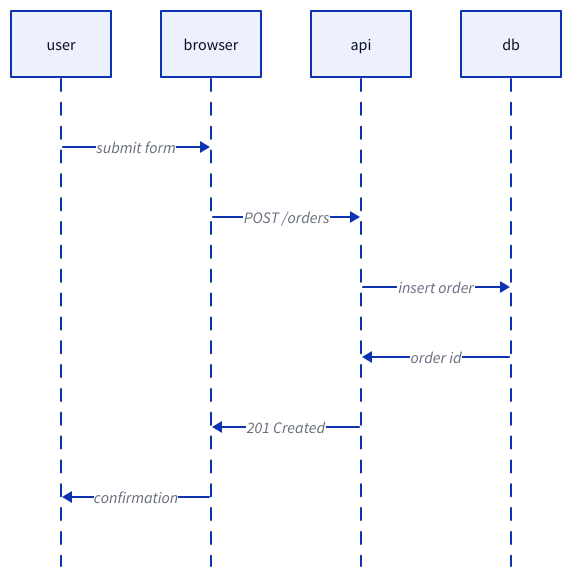
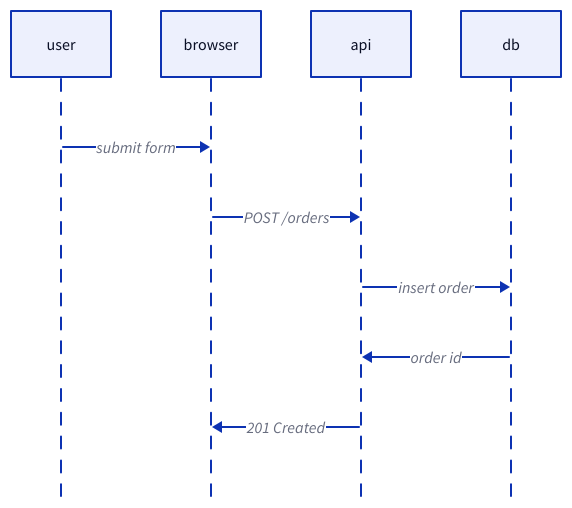
One commit to jrajasekera/d2-diagrams changed the fourth of 5 diagrams in SKILL.md. Above: the diagram before and after it, drawn with D2. The commit also changed other lines of this file and 71 other files, not shown here.

````diff
--- a/SKILL.md
+++ b/SKILL.md
@@ -153,11 +229,10 @@
 ```d2
 shape: sequence_diagram
 user; browser; api; db
 
 user -> browser: submit form
 browser -> api: POST /orders
 api -> db: insert order
 db -> api: order id
 api -> browser: 201 Created
-browser -> user: confirmation
 ```
````
